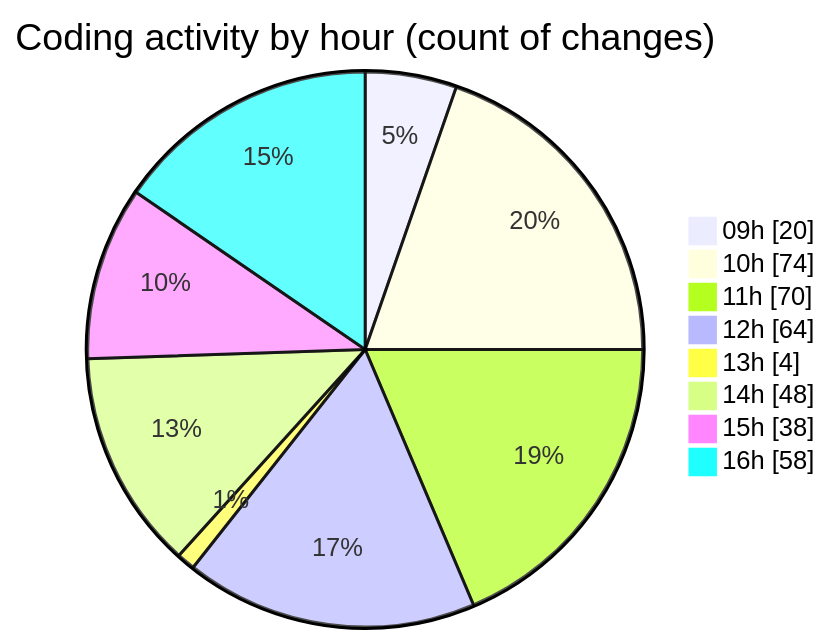
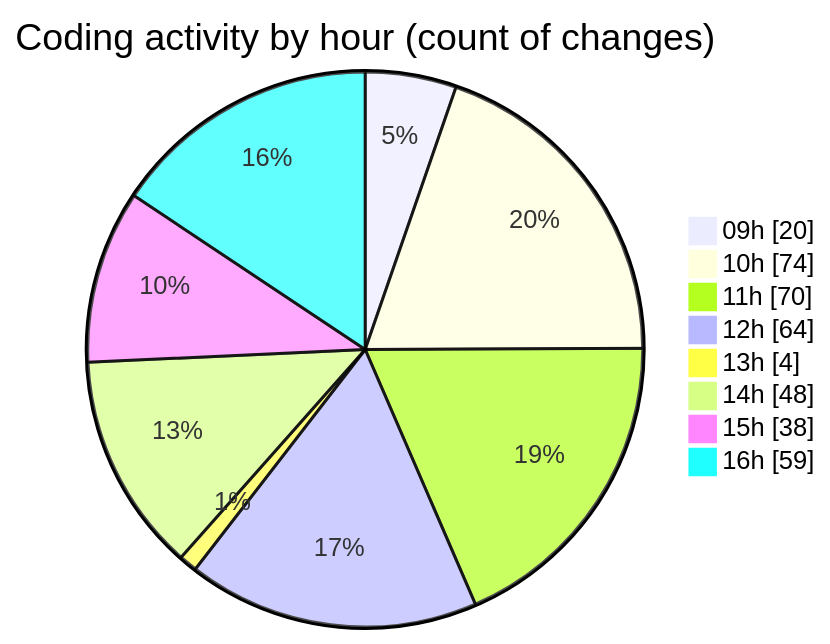
Before and after one commit to CELIANVF/code-tracking: the second of 2 diagrams in 2025-06-06/ecodeli-1/README.md, drawn with Mermaid. The commit also changed other lines of this file and 1 other file, not shown here.

````diff
--- a/2025-06-06/ecodeli-1/README.md
+++ b/2025-06-06/ecodeli-1/README.md
@@ -119,12 +119,12 @@
 ```mermaid
 pie showData
 title Coding activity by hour (count of changes)
 "09h" : 20
 "10h" : 74
 "11h" : 70
 "12h" : 64
 "13h" : 4
 "14h" : 48
 "15h" : 38
-"16h" : 58
+"16h" : 59
 ```
````
